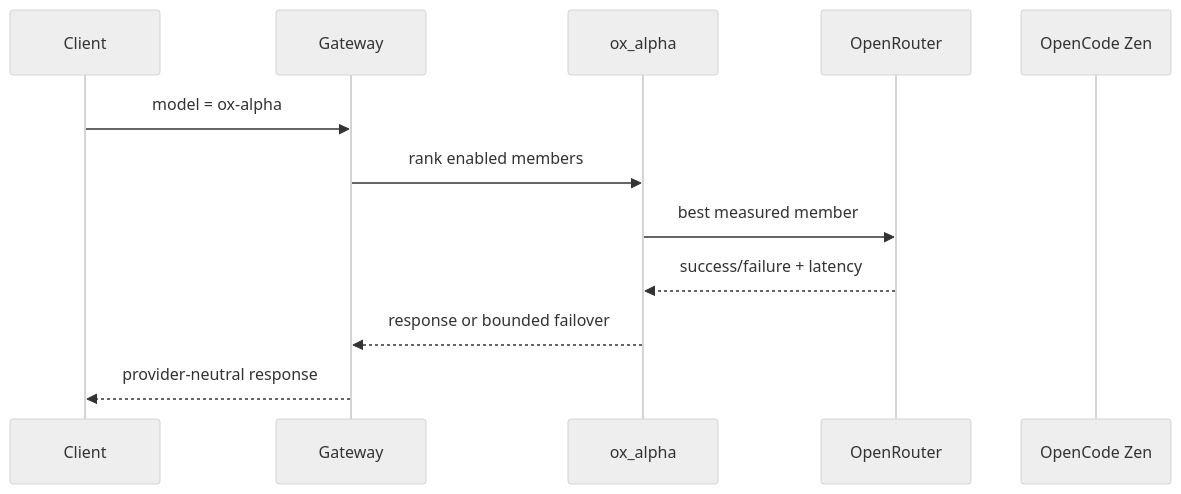
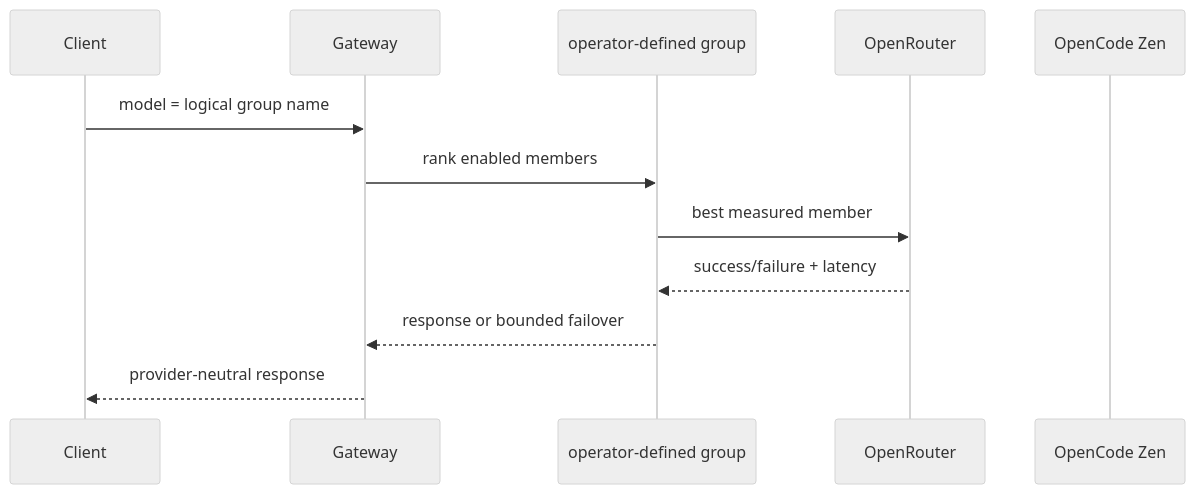
One commit to ContextualWisdomLab/contextual-orchestrator changed the diagram in docs/planning/adrs/0026-model-group-cost-aware-discovery.md. Above: the diagram before and after it, drawn with Mermaid (neutral theme). The commit also changed other lines of this file and 5 other files, not shown here.

````diff
--- a/docs/planning/adrs/0026-model-group-cost-aware-discovery.md
+++ b/docs/planning/adrs/0026-model-group-cost-aware-discovery.md
@@ -19,14 +19,14 @@
 ```mermaid
 sequenceDiagram
   participant Client
   participant Gateway
-  participant Group as ox_alpha
+  participant Group as operator-defined group
   participant OR as OpenRouter
   participant Zen as OpenCode Zen
-  Client->>Gateway: model = ox-alpha
+  Client->>Gateway: model = logical group name
   Gateway->>Group: rank enabled members
   Group->>OR: best measured member
   OR-->>Group: success/failure + latency
   Group-->>Gateway: response or bounded failover
   Gateway-->>Client: provider-neutral response
 ```
````
